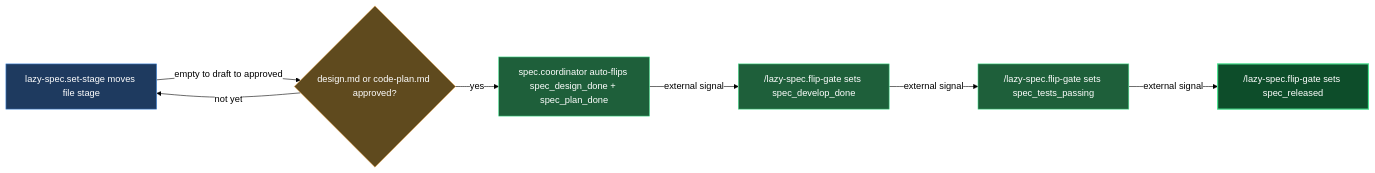
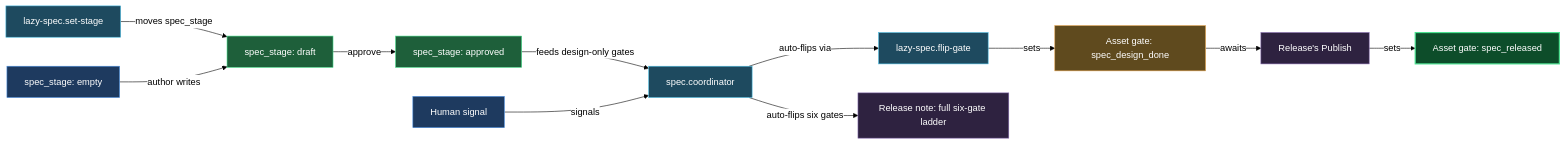
The diagram in plugins/claude/lazycortex-specs/help/gates.md (mebius-san/lazy-cortex), drawn with Mermaid before and after one commit. The commit also changed other lines of this file and 499 other files, not shown here.

Commit message:
release: core 11.0.0, diagram 2.0.3, experts 1.10.0, observe 2.2.6, obsidian 6.2.0, python 4.13.0, review 6.14.0, specs 10.0.0, wiki 3.7.0

````diff
--- a/plugins/claude/lazycortex-specs/help/gates.md
+++ b/plugins/claude/lazycortex-specs/help/gates.md
@@ -64,29 +70,44 @@
 ```mermaid
 %%{init: {'themeVariables':{'background':'transparent','lineColor':'#000','textColor':'#000','edgeLabelBackground':'#fff'},'themeCSS':'.edgeLabel{background-color:transparent!important}.edgeLabel p{background-color:transparent!important}','flowchart':{'diagramPadding':5,'useMaxWidth':true}}}%%
 flowchart LR
-  setStagePerFile["lazy-spec.set-stage moves file stage"]
-  stageReachesApproved{"design.md or code-plan.md approved?"}
-  autoFlipDesignPlanGates["spec.coordinator auto-flips spec_design_done + spec_plan_done"]
-  flipDevelopDone["/lazy-spec.flip-gate sets spec_develop_done"]
-  flipTestsPassing["/lazy-spec.flip-gate sets spec_tests_passing"]
-  flipReleased["/lazy-spec.flip-gate sets spec_released"]
+  setStage["lazy-spec.set-stage"]
+  stageEmpty["spec_stage: empty"]
+  stageDraft["spec_stage: draft"]
+  stageApproved["spec_stage: approved"]
+  specCoordinator["spec.coordinator"]
+  flipGate["lazy-spec.flip-gate"]
+  humanSignal["Human signal"]
+  designDone["Asset gate: spec_design_done"]
+  releasePublish["Release's Publish"]
+  specReleased["Asset gate: spec_released"]
+  releaseLadder["Release note: full six-gate ladder"]
 
-  setStagePerFile -->|empty to draft to approved| stageReachesApproved
-  stageReachesApproved -->|not yet| setStagePerFile
-  stageReachesApproved -->|yes| autoFlipDesignPlanGates
-  autoFlipDesignPlanGates -->|external signal| flipDevelopDone
-  flipDevelopDone -->|external signal| flipTestsPassing
-  flipTestsPassing -->|external signal| flipReleased
+  setStage -->|moves spec_stage| stageDraft
+  stageEmpty -->|author writes| stageDraft
+  stageDraft -->|approve| stageApproved
+  stageApproved -->|feeds design-only gates| specCoordinator
+  humanSignal -->|signals| specCoordinator
+  specCoordinator -->|auto-flips via| flipGate
+  flipGate -->|sets| designDone
+  designDone -->|awaits| releasePublish
+  releasePublish -->|sets| specReleased
+  specCoordinator -->|auto-flips six gates| releaseLadder
 
   classDef entry fill:#1e3a5f,stroke:#4a90e2,color:#fff
+  classDef action fill:#1e5f3a,stroke:#4ae290,color:#fff
+  classDef service fill:#1e4a5f,stroke:#4abce2,color:#fff
   classDef guard fill:#5f4a1e,stroke:#e2a14a,color:#fff
-  classDef action fill:#1e5f3a,stroke:#4ae290,color:#fff
+  classDef sub fill:#2e2240,stroke:#7e63a8,color:#fff
   classDef success fill:#0d4d2a,stroke:#4ae290,color:#fff,stroke-width:2px
-
-  class setStagePerFile entry
-  class stageReachesApproved guard
-  class autoFlipDesignPlanGates action
-  class flipDevelopDone action
-  class flipTestsPassing action
-  class flipReleased success
+  class stageEmpty entry
+  class stageDraft action
+  class stageApproved action
+  class setStage service
+  class flipGate service
+  class specCoordinator service
+  class humanSignal entry
+  class designDone guard
+  class releasePublish sub
+  class releaseLadder sub
+  class specReleased success
 ```
````
